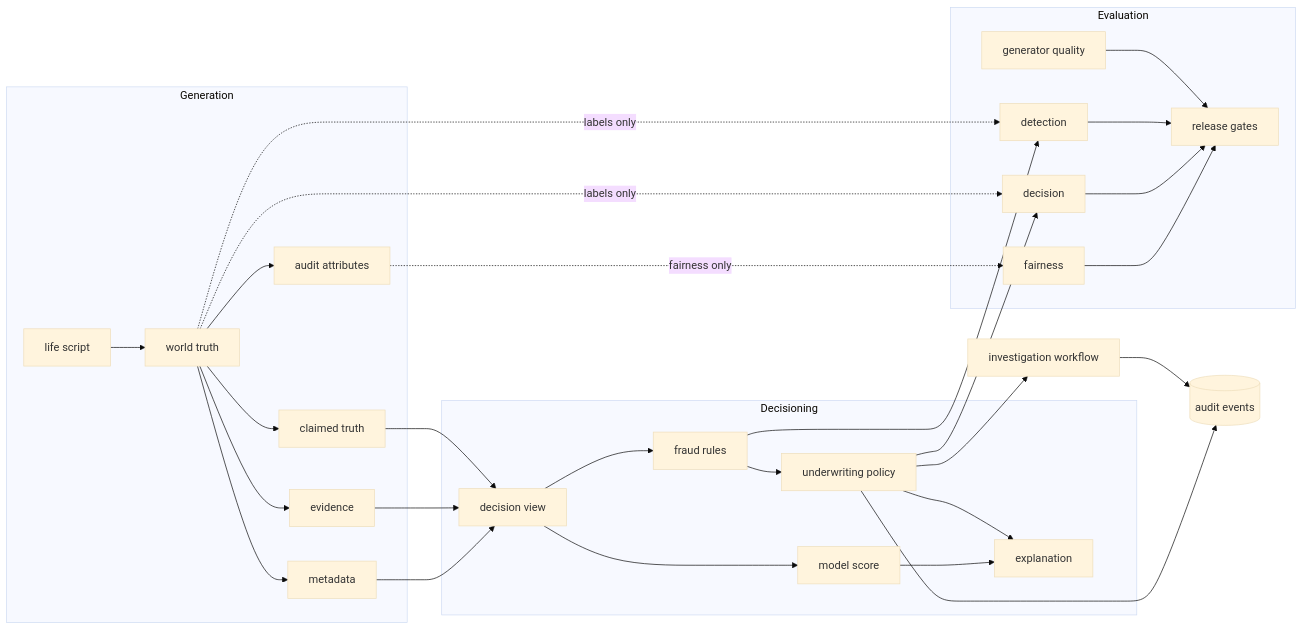
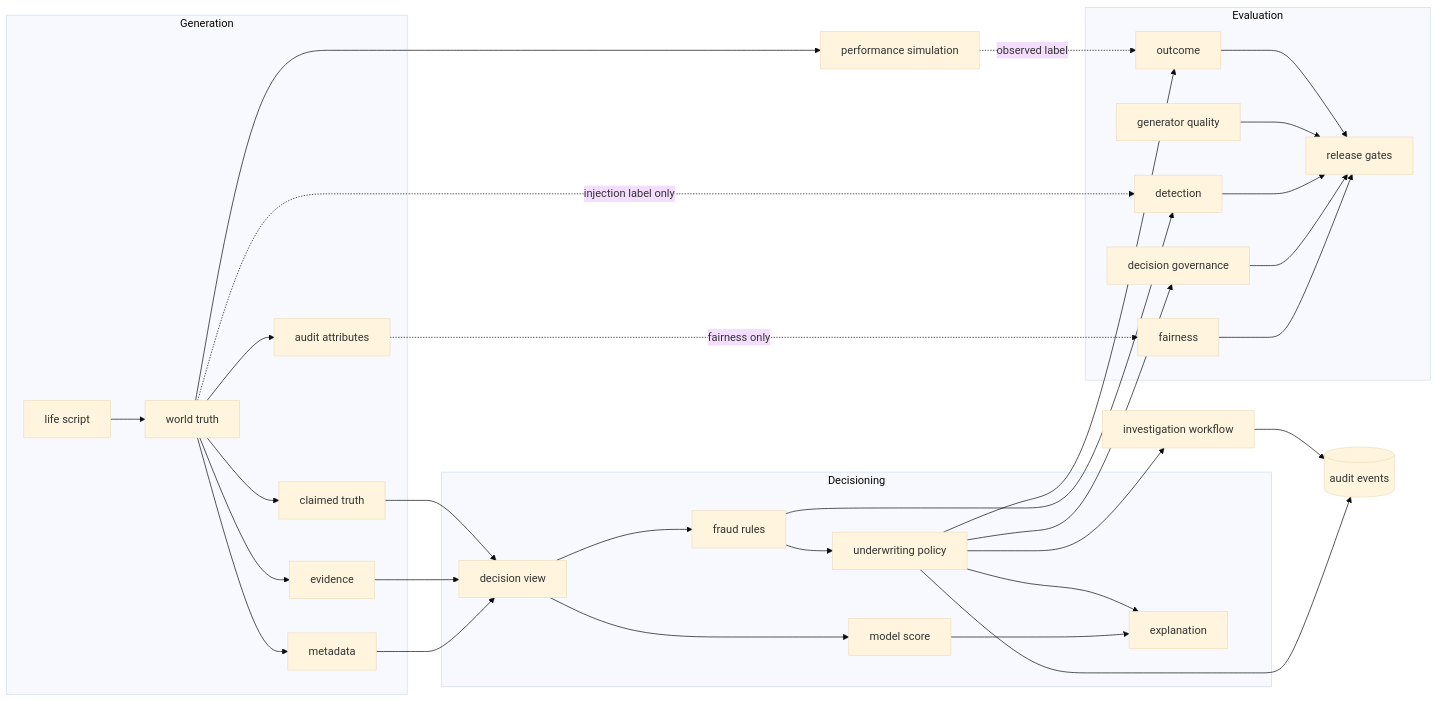
The diagram in docs/ARCHITECTURE.md (emkwambe/case-explorer), drawn with Mermaid (base theme) before and after one commit. The commit also changed other lines of this file and 36 other files, not shown here.

````diff
--- a/docs/ARCHITECTURE.md
+++ b/docs/ARCHITECTURE.md
@@ -23,39 +26,43 @@
 ```mermaid
 flowchart LR
   subgraph gen[Generation]
     L[life script] --> T[world truth]
     T --> C[claimed truth]
     T --> E[evidence]
     T --> M[metadata]
     T --> A[audit attributes]
   end
   subgraph dec[Decisioning]
     V[decision view] --> R[fraud rules]
     R --> P[underwriting policy]
     P --> X[explanation]
     V --> MO[model score]
     MO --> X
   end
   C --> V
   E --> V
   M --> V
   P --> I[investigation workflow]
   I --> AU[(audit events)]
   P --> AU
   subgraph ev[Evaluation]
     G1[generator quality]
     G2[detection]
-    G3[decision]
+    G3[decision governance]
+    G4[outcome]
     F[fairness]
     GT[release gates]
   end
-  T -.labels only.-> G2
-  T -.labels only.-> G3
+  T --> PERF[performance simulation]
+  PERF -.observed label.-> G4
+  T -.injection label only.-> G2
   A -.fairness only.-> F
   P --> G3
+  P --> G4
   R --> G2
+  G4 --> GT
   G1 --> GT
   G2 --> GT
   G3 --> GT
   F --> GT
 ```
````
